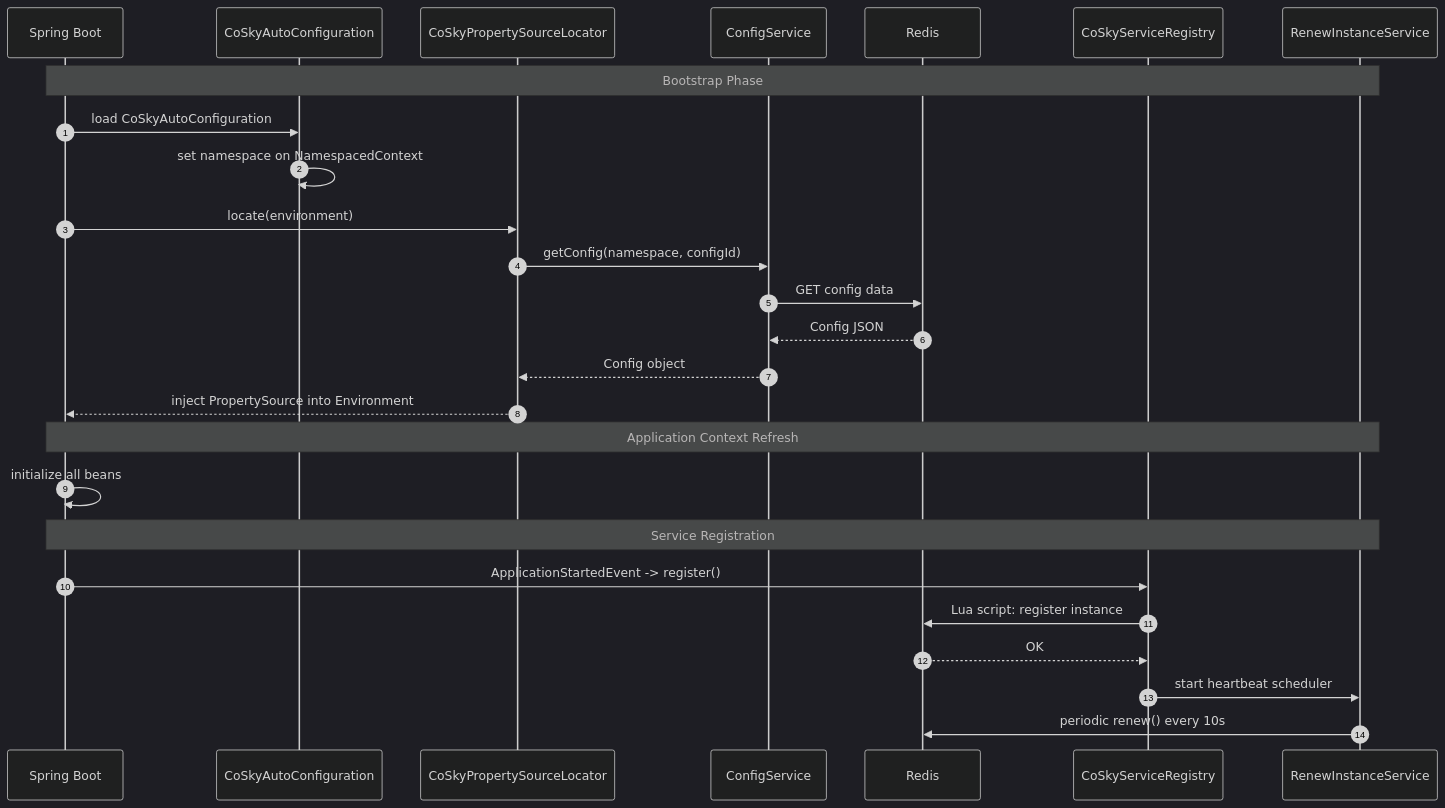
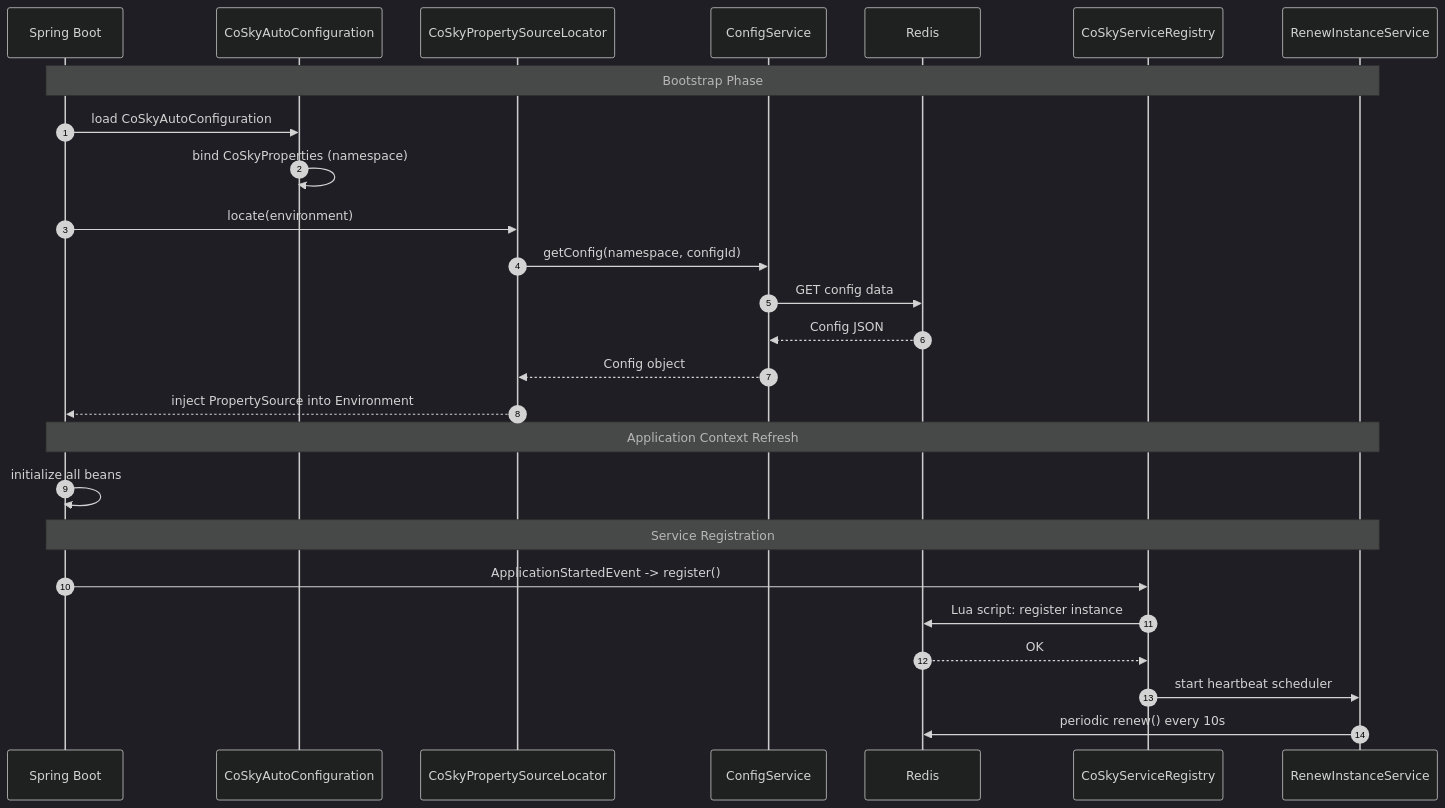
One commit to Ahoo-Wang/CoSky changed the second of 3 diagrams in wiki/guide/getting-started.md. Above: the diagram before and after it, drawn with Mermaid. The commit also changed other lines of this file and 35 other files, not shown here.

````diff
--- a/wiki/guide/getting-started.md
+++ b/wiki/guide/getting-started.md
@@ -171,33 +171,33 @@
 ```mermaid
 %%{init: {'theme':'dark', 'themeVariables': {'primaryColor':'#2d333b','primaryBorderColor':'#6d5dfc','primaryTextColor':'#e6edf3','lineColor':'#8b949e','secondaryColor':'#161b22','tertiaryColor':'#161b22'}}}%%
 sequenceDiagram
     autonumber
     participant Boot as Spring Boot
     participant Auto as CoSkyAutoConfiguration
     participant PSL as CoSkyPropertySourceLocator
     participant CS as ConfigService
     participant Redis as Redis
     participant Reg as CoSkyServiceRegistry
     participant Renew as RenewInstanceService
 
     Note over Boot,Renew: Bootstrap Phase
     Boot->>Auto: load CoSkyAutoConfiguration
-    Auto->>Auto: set namespace on NamespacedContext
+    Auto->>Auto: bind CoSkyProperties (namespace)
 
     Boot->>PSL: locate(environment)
     PSL->>CS: getConfig(namespace, configId)
     CS->>Redis: GET config data
     Redis-->>CS: Config JSON
     CS-->>PSL: Config object
     PSL-->>Boot: inject PropertySource into Environment
 
     Note over Boot,Renew: Application Context Refresh
     Boot->>Boot: initialize all beans
 
     Note over Boot,Renew: Service Registration
     Boot->>Reg: ApplicationStartedEvent -> register()
     Reg->>Redis: Lua script: register instance
     Redis-->>Reg: OK
     Reg->>Renew: start heartbeat scheduler
     Renew->>Redis: periodic renew() every 10s
 ```
````
